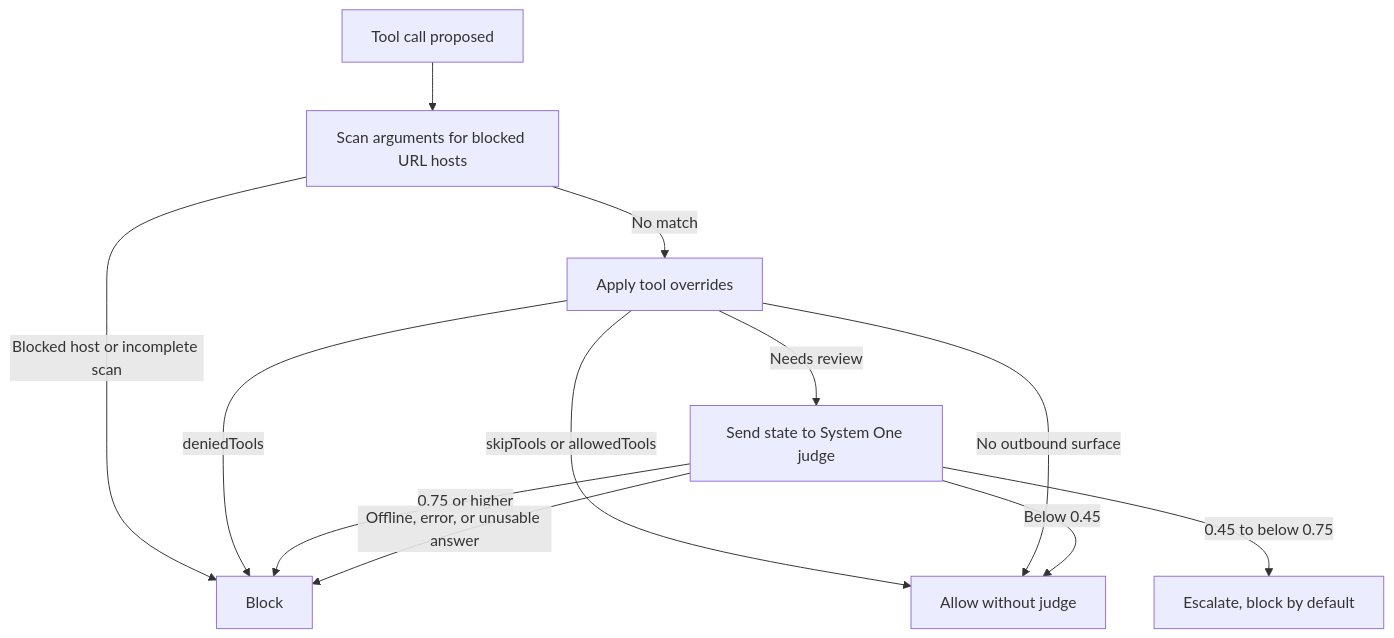
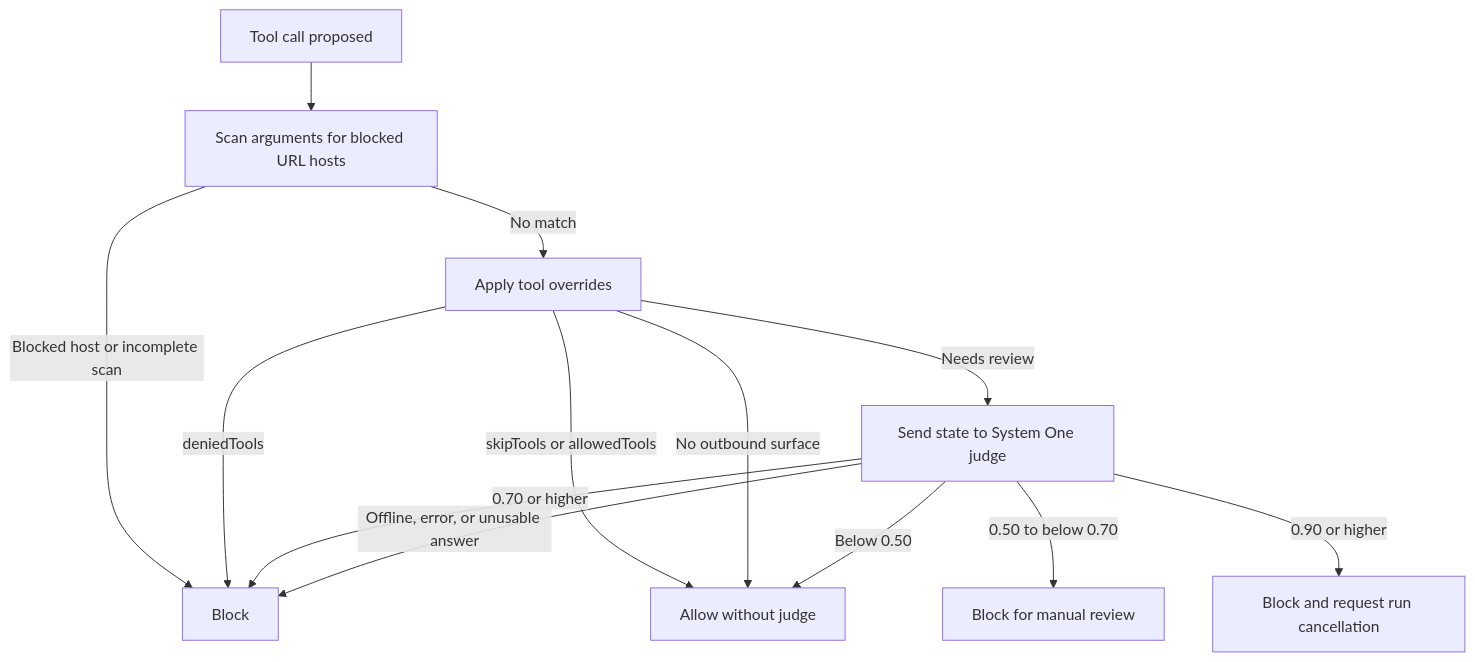
The diagram in docs/explainer.md (HumanFace-Tech/oc-one-guard), drawn with Mermaid before and after one commit. The commit also changed other lines of this file and 23 other files, not shown here.

First line of the commit message:
feat(guard): add configurable risk bands and run cancellation

````diff
--- a/docs/explainer.md
+++ b/docs/explainer.md
@@ -7,14 +7,15 @@
 ```mermaid
 flowchart TD
     A[Tool call proposed] --> B[Scan arguments for blocked URL hosts]
     B -->|Blocked host or incomplete scan| X[Block]
     B -->|No match| C[Apply tool overrides]
     C -->|deniedTools| X
     C -->|skipTools or allowedTools| Y[Allow without judge]
     C -->|No outbound surface| Y
     C -->|Needs review| D[Send state to System One judge]
-    D -->|Below 0.45| Y
-    D -->|0.45 to below 0.75| E[Escalate, block by default]
-    D -->|0.75 or higher| X
+    D -->|Below 0.50| Y
+    D -->|0.50 to below 0.70| E[Block for manual review]
+    D -->|0.70 or higher| X
+    D -->|0.90 or higher| S[Block and request run cancellation]
     D -->|Offline, error, or unusable answer| X
 ```
````
